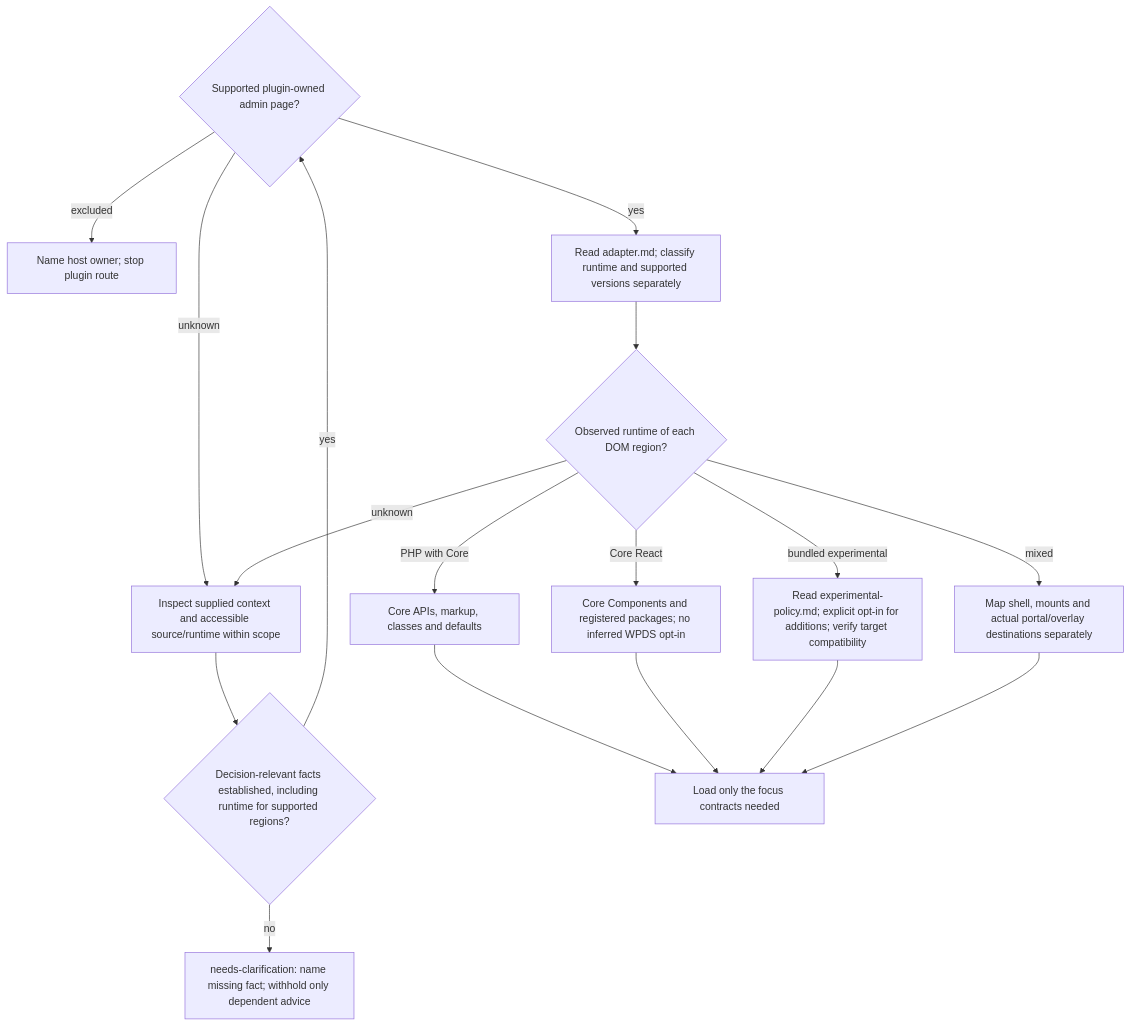
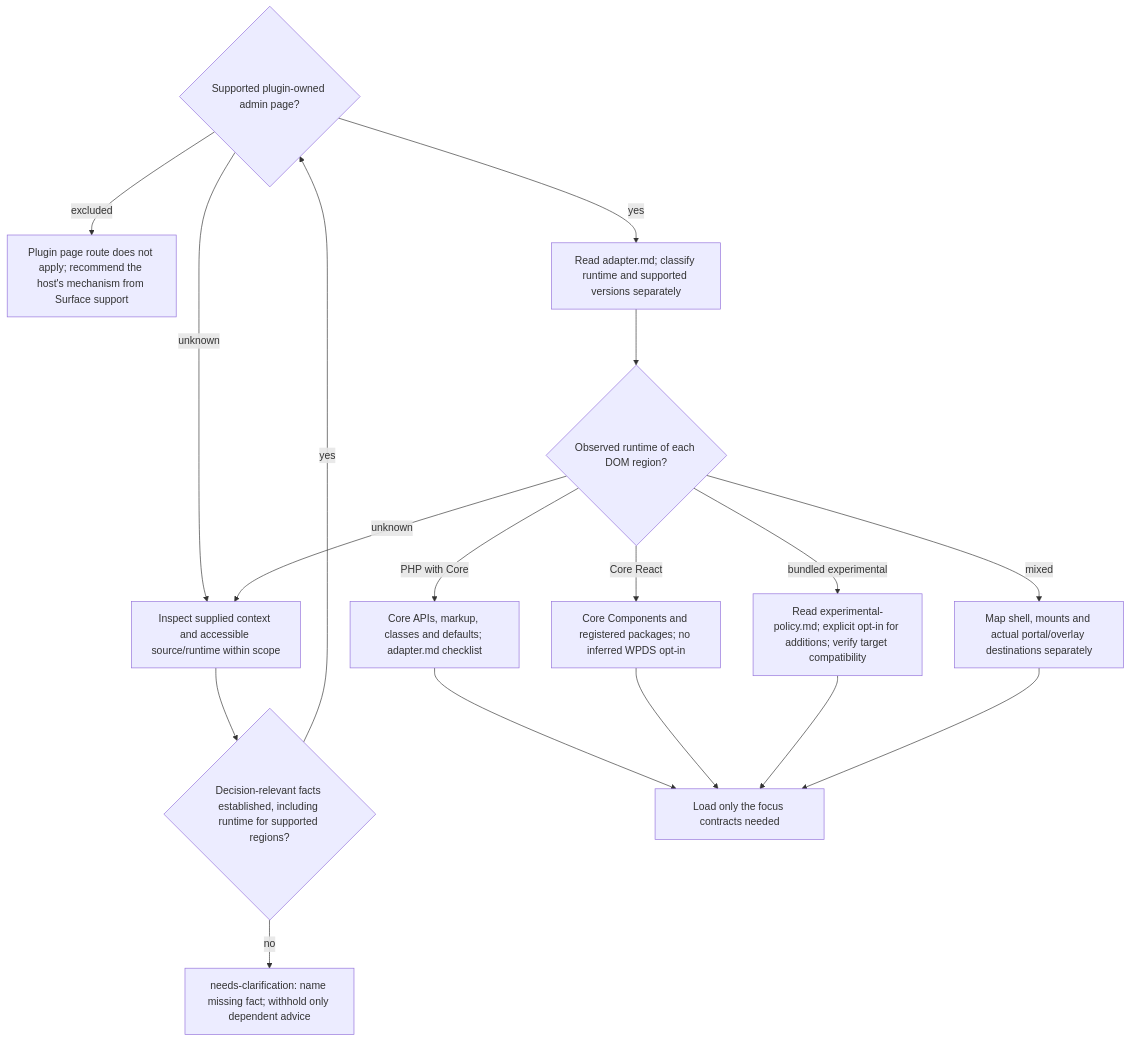
Before and after one commit to benjaminstelzer/scoville-suite-for-codex-mainloop: the diagram in members/scoville-ui/scoville-ui/references/wordpress/routing.md, drawn with Mermaid. The commit also changed other lines of this file and 219 other files, not shown here.

````diff
--- a/members/scoville-ui/scoville-ui/references/wordpress/routing.md
+++ b/members/scoville-ui/scoville-ui/references/wordpress/routing.md
@@ -50,20 +91,20 @@
 ```mermaid
 flowchart TD
   surface{"Supported plugin-owned admin page?"}
-  surface -->|excluded| host["Name host owner; stop plugin route"]
+  surface -->|excluded| host["Plugin page route does not apply; recommend the host's mechanism from Surface support"]
   surface -->|unknown| inspect["Inspect supplied context and accessible source/runtime within scope"]
   inspect --> known{"Decision-relevant facts established, including runtime for supported regions?"}
   known -->|no| clarify["needs-clarification: name missing fact; withhold only dependent advice"]
   known -->|yes| surface
   surface -->|yes| adapter["Read adapter.md; classify runtime and supported versions separately"]
   adapter --> runtime{"Observed runtime of each DOM region?"}
-  runtime -->|PHP with Core| php["Core APIs, markup, classes and defaults"]
+  runtime -->|PHP with Core| php["Core APIs, markup, classes and defaults; adapter.md checklist"]
   runtime -->|Core React| react["Core Components and registered packages; no inferred WPDS opt-in"]
   runtime -->|bundled experimental| experimental["Read experimental-policy.md; explicit opt-in for additions; verify target compatibility"]
   runtime -->|mixed| hybrid["Map shell, mounts and actual portal/overlay destinations separately"]
   runtime -->|unknown| inspect
   php --> focus["Load only the focus contracts needed"]
   react --> focus
   experimental --> focus
   hybrid --> focus
 ```
````
